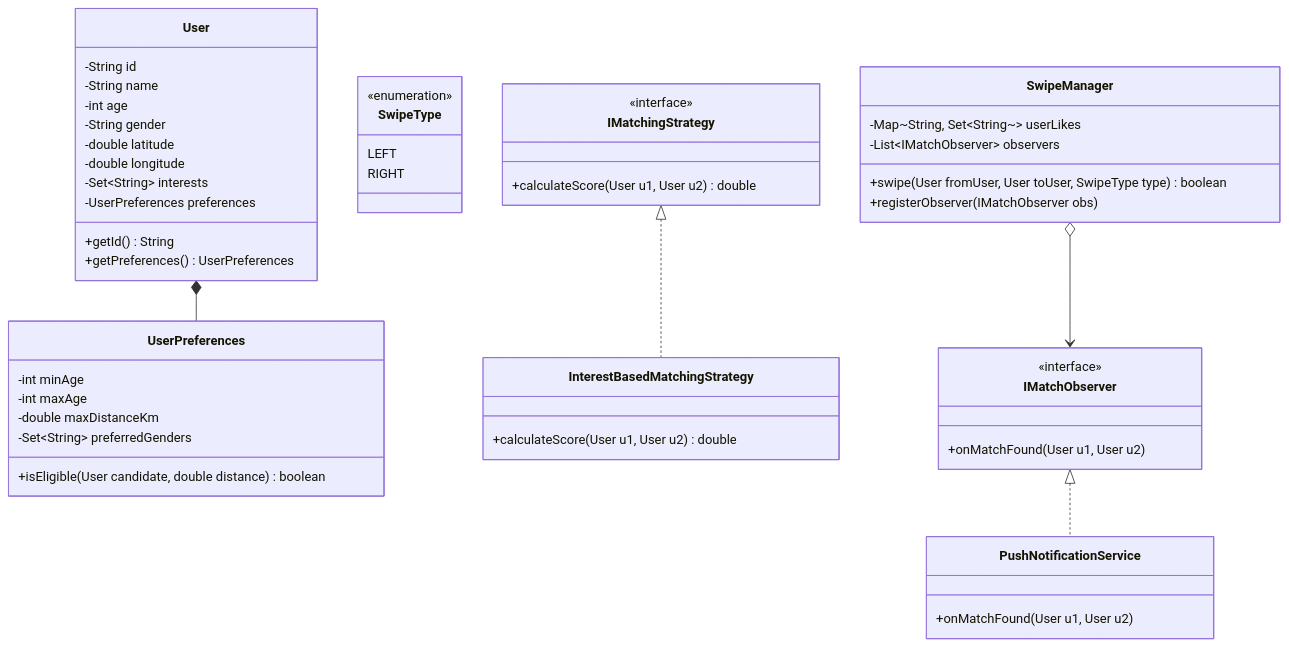
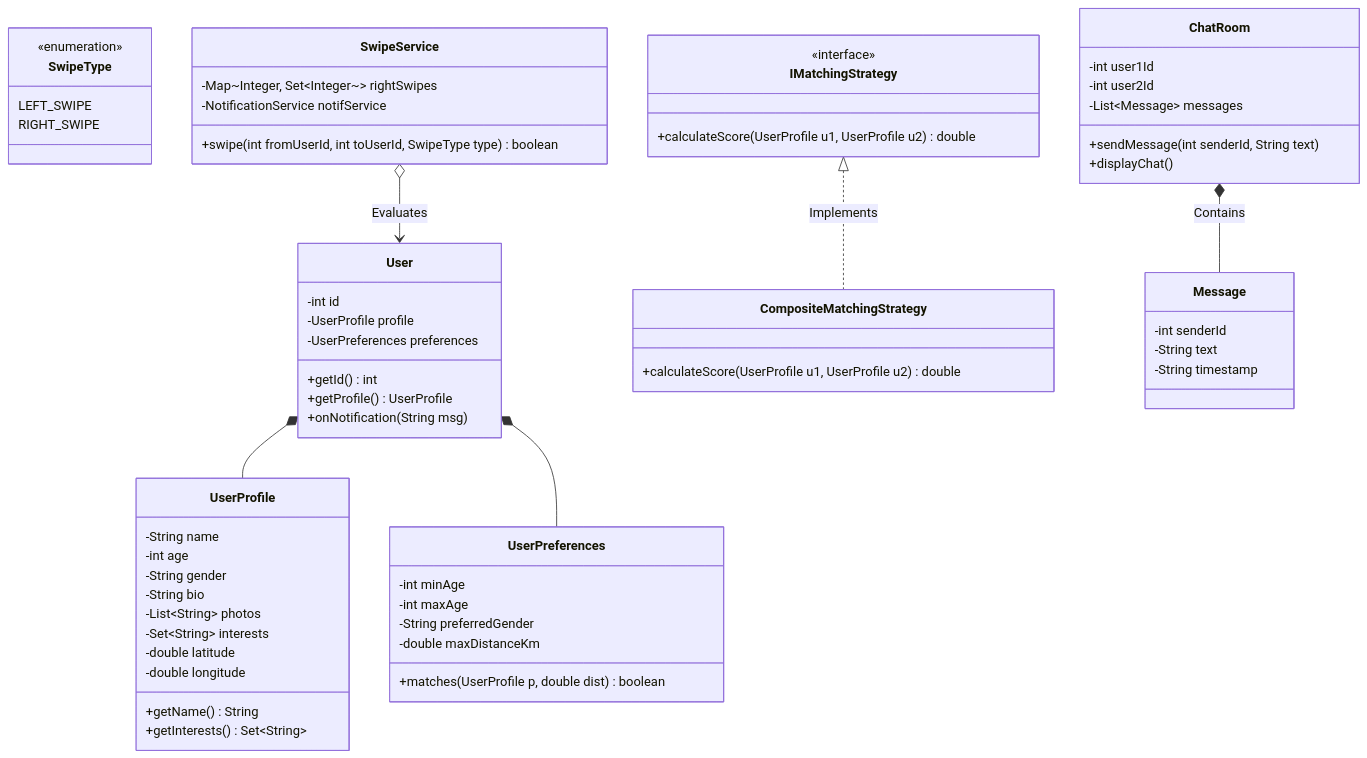
Before and after one commit to rohithgowda18/Notes: the second of 2 diagrams in 04-OOPs-and-Design-Patterns/04-LLD-Case-Studies/27-Build-Tinder-Dating-Site.md, drawn with Mermaid. The commit also changed other lines of this file and 30 other files, not shown here.

````diff
--- a/04-OOPs-and-Design-Patterns/04-LLD-Case-Studies/27-Build-Tinder-Dating-Site.md
+++ b/04-OOPs-and-Design-Patterns/04-LLD-Case-Studies/27-Build-Tinder-Dating-Site.md
@@ -61,57 +85,73 @@
 ```mermaid
 classDiagram
-    class User {
-        -String id
+    class UserProfile {
         -String name
         -int age
         -String gender
+        -String bio
+        -List~String~ photos
+        -Set~String~ interests
         -double latitude
         -double longitude
-        -Set~String~ interests
-        -UserPreferences preferences
-        +getId() String
-        +getPreferences() UserPreferences
+        +getName() String
+        +getInterests() Set~String~
     }
 
     class UserPreferences {
         -int minAge
         -int maxAge
+        -String preferredGender
         -double maxDistanceKm
-        -Set~String~ preferredGenders
-        +isEligible(User candidate, double distance) boolean
+        +matches(UserProfile p, double dist) boolean
+    }
+
+    class User {
+        -int id
+        -UserProfile profile
+        -UserPreferences preferences
+        +getId() int
+        +getProfile() UserProfile
+        +onNotification(String msg)
     }
 
     class SwipeType {
         <<enumeration>>
-        LEFT
-        RIGHT
+        LEFT_SWIPE
+        RIGHT_SWIPE
     }
 
     class IMatchingStrategy {
         <<interface>>
-        +calculateScore(User u1, User u2) double
-    }
-    class InterestBasedMatchingStrategy {
-        +calculateScore(User u1, User u2) double
-    }
-    IMatchingStrategy <|.. InterestBasedMatchingStrategy
-
-    class IMatchObserver {
-        <<interface>>
-        +onMatchFound(User u1, User u2)
-    }
-    class PushNotificationService {
-        +onMatchFound(User u1, User u2)
-    }
-    IMatchObserver <|.. PushNotificationService
-
-    class SwipeManager {
-        -Map~String, Set~String~~ userLikes
-        -List~IMatchObserver~ observers
-        +swipe(User fromUser, User toUser, SwipeType type) boolean
-        +registerObserver(IMatchObserver obs)
+        +calculateScore(UserProfile u1, UserProfile u2) double
     }
 
+    class CompositeMatchingStrategy {
+        +calculateScore(UserProfile u1, UserProfile u2) double
+    }
+
+    class SwipeService {
+        -Map~Integer, Set~Integer~~ rightSwipes
+        -NotificationService notifService
+        +swipe(int fromUserId, int toUserId, SwipeType type) boolean
+    }
+
+    class ChatRoom {
+        -int user1Id
+        -int user2Id
+        -List~Message~ messages
+        +sendMessage(int senderId, String text)
+        +displayChat()
+    }
+
+    class Message {
+        -int senderId
+        -String text
+        -String timestamp
+    }
+
+    IMatchingStrategy <|.. CompositeMatchingStrategy : Implements
+    User *-- UserProfile
     User *-- UserPreferences
-    SwipeManager o--> IMatchObserver
+    ChatRoom *-- Message : Contains
+    SwipeService o--> User : Evaluates
 ```
````
